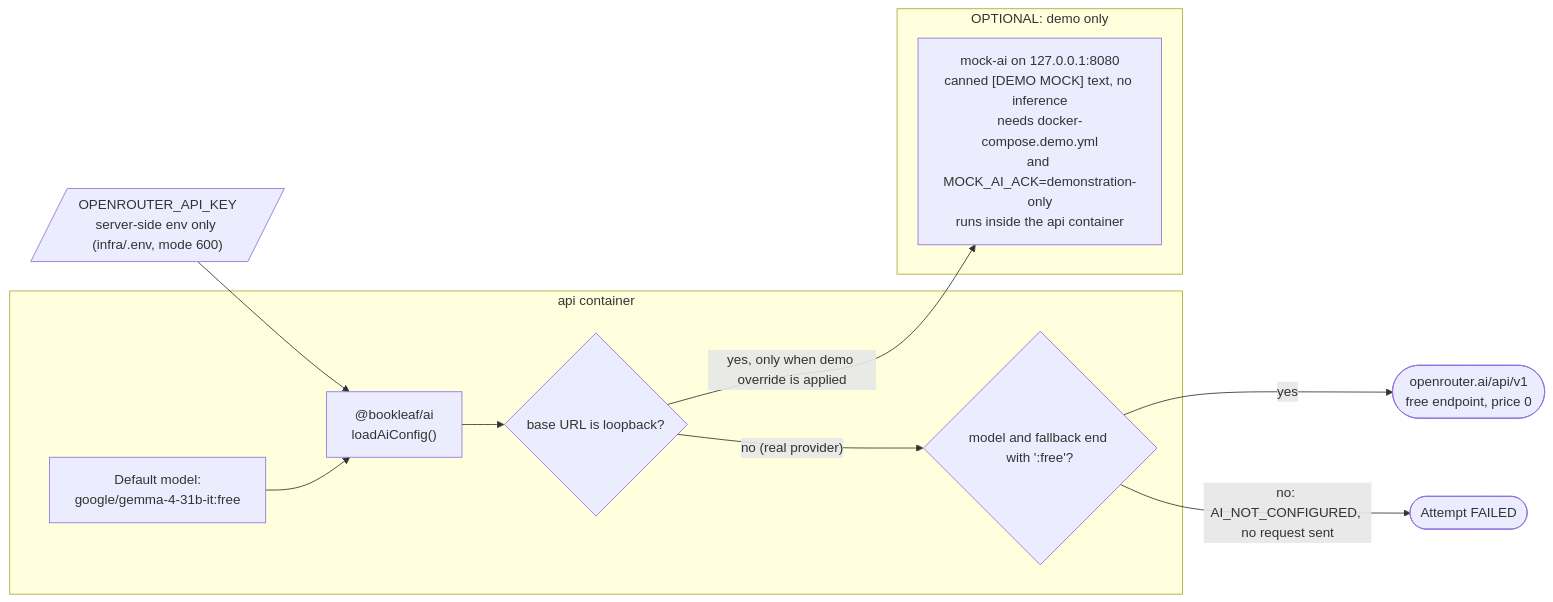
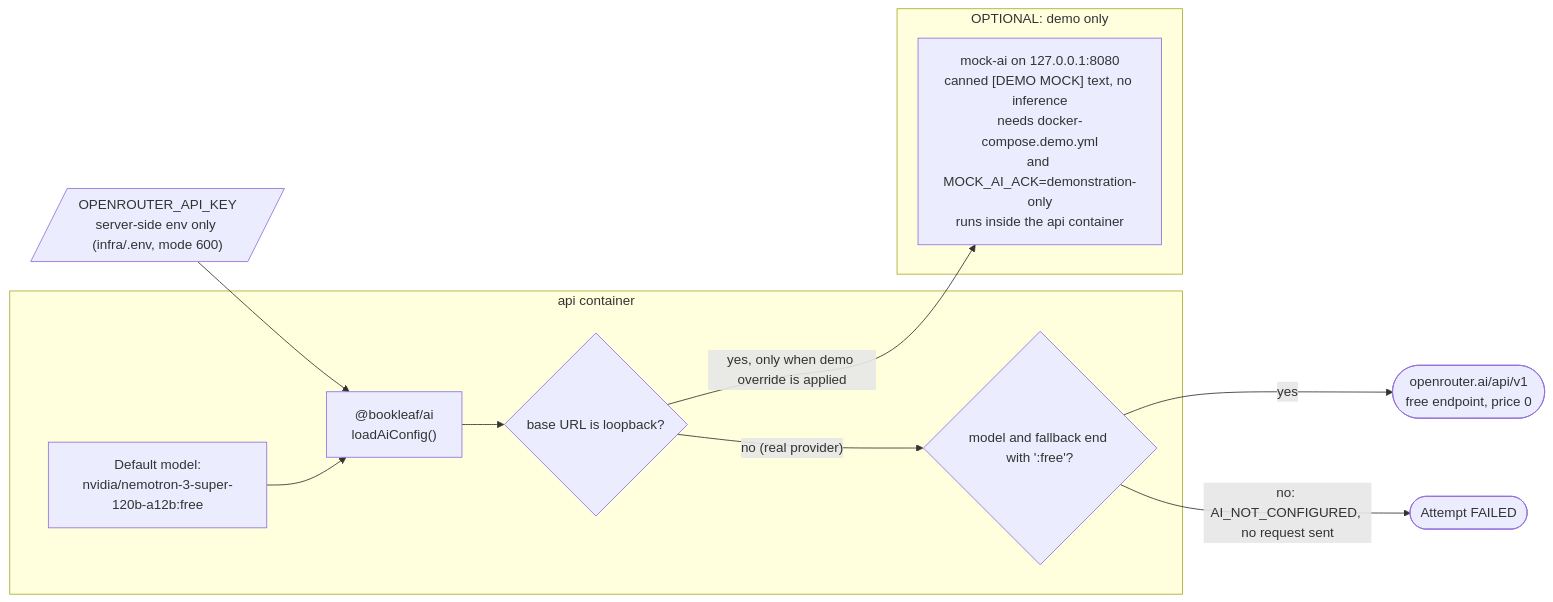
The diagram in docs/architecture/diagrams/ai-provider-modes.mmd (singhdaksh7/book-leaf__assignment-1), drawn with Mermaid before and after one commit. The commit also changed 17 other files, not shown here.

```diff
--- a/docs/architecture/diagrams/ai-provider-modes.mmd
+++ b/docs/architecture/diagrams/ai-provider-modes.mmd
@@ -1,20 +1,20 @@
 %% file: ai-provider-modes.mmd
 flowchart LR
     subgraph API["api container"]
         SVC["@bookleaf/ai<br/>loadAiConfig()"]
         GUARD{"base URL is loopback?"}
         FREE{"model and fallback end with ':free'?"}
-        DEFAULT["Default model:<br/>google/gemma-4-31b-it:free"]
+        DEFAULT["Default model:<br/>nvidia/nemotron-3-super-120b-a12b:free"]
     end
     KEY[/"OPENROUTER_API_KEY<br/>server-side env only (infra/.env, mode 600)"/]
     OR(["openrouter.ai/api/v1<br/>free endpoint, price 0"])
     subgraph DEMO["OPTIONAL: demo only"]
         MOCK["mock-ai on 127.0.0.1:8080<br/>canned [DEMO MOCK] text, no inference<br/>needs docker-compose.demo.yml<br/>and MOCK_AI_ACK=demonstration-only<br/>runs inside the api container"]
     end
     KEY --> SVC
     DEFAULT --> SVC
     SVC --> GUARD
     GUARD -- "no (real provider)" --> FREE
     FREE -- "yes" --> OR
     FREE -- "no: AI_NOT_CONFIGURED, no request sent" --> STOP(["Attempt FAILED"])
     GUARD -- "yes, only when demo override is applied" --> MOCK
```
